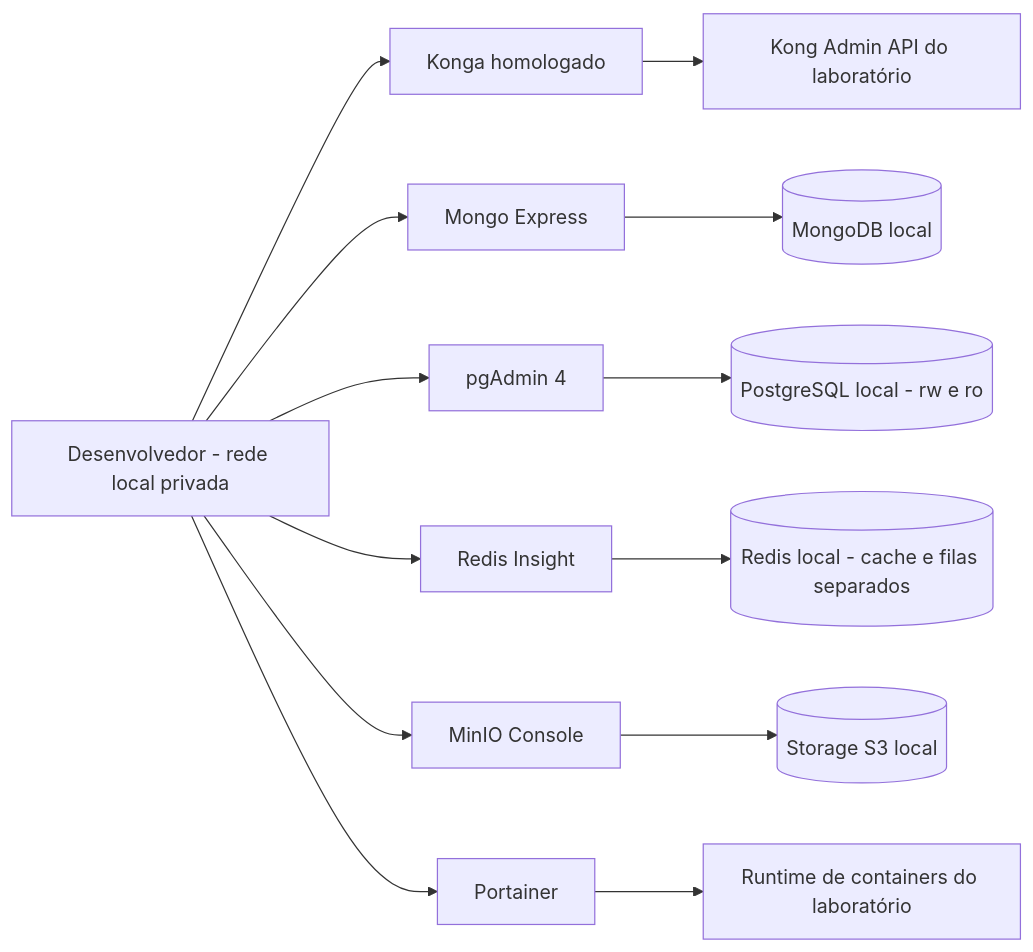
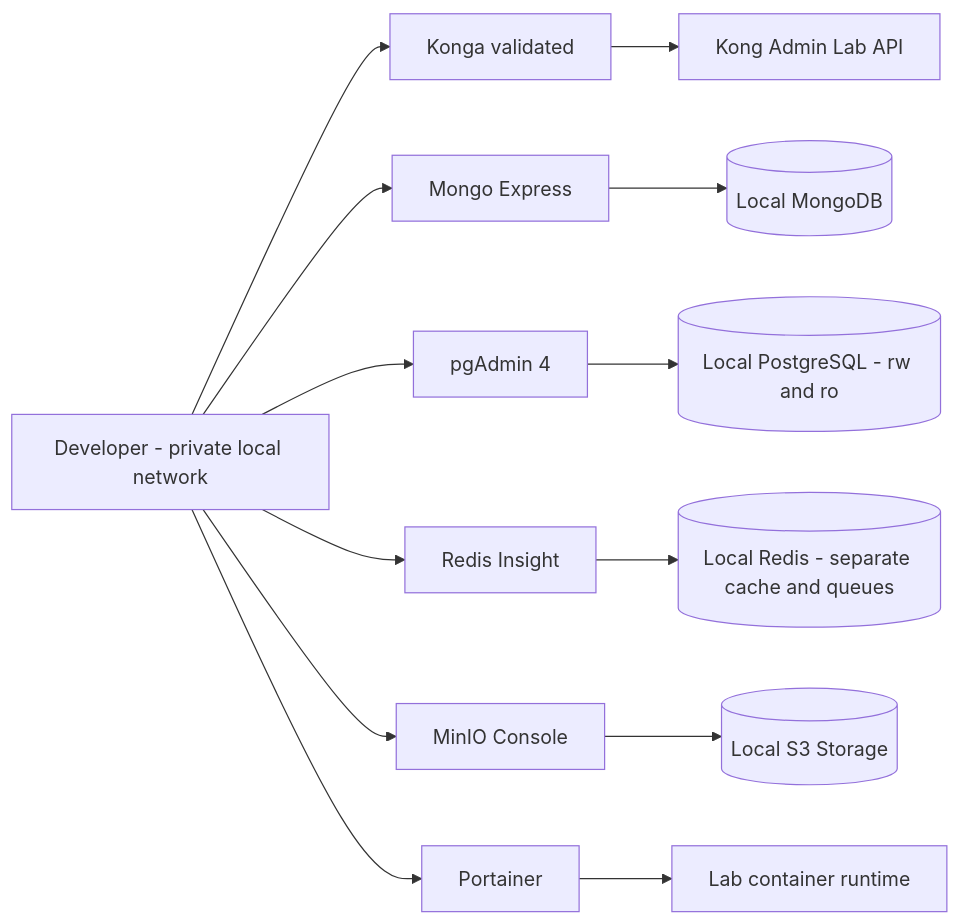
One commit to ReeseArch64/opencok changed diagram 12 of 14 in .github/ARCHITECTURE.md. Above: the diagram before and after it, drawn with Mermaid. The commit also changed other lines of this file and 10 other files, not shown here.

````diff
--- a/.github/ARCHITECTURE.md
+++ b/.github/ARCHITECTURE.md
@@ -1552,15 +1501,15 @@
 ```mermaid
 flowchart LR
-  dev[Desenvolvedor - rede local privada] --> konga[Konga homologado]
-  konga --> kong[Kong Admin API do laboratório]
+  dev[Developer - private local network] --> konga[Konga validated]
+  konga --> kong[Kong Admin Lab API]
   dev --> me[Mongo Express]
-  me --> mongo[(MongoDB local)]
+  me --> mongo[(Local MongoDB)]
   dev --> pgadmin[pgAdmin 4]
-  pgadmin --> pg[(PostgreSQL local - rw e ro)]
+  pgadmin --> pg[(Local PostgreSQL - rw and ro)]
   dev --> insight[Redis Insight]
-  insight --> redis[(Redis local - cache e filas separados)]
+  insight --> redis[(Local Redis - separate cache and queues)]
   dev --> minio[MinIO Console]
-  minio --> storage[(Storage S3 local)]
+  minio --> storage[(Local S3 Storage)]
   dev --> portainer[Portainer]
-  portainer --> runtime[Runtime de containers do laboratório]
+  portainer --> runtime[Lab container runtime]
 ```
````
